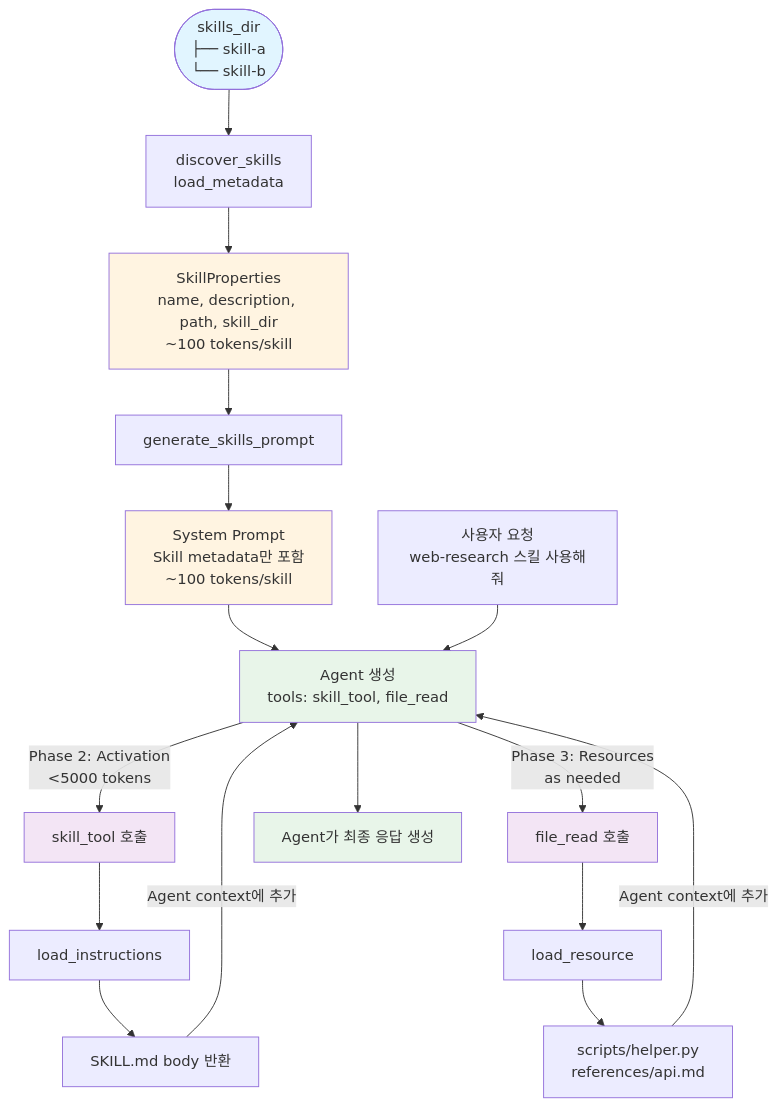
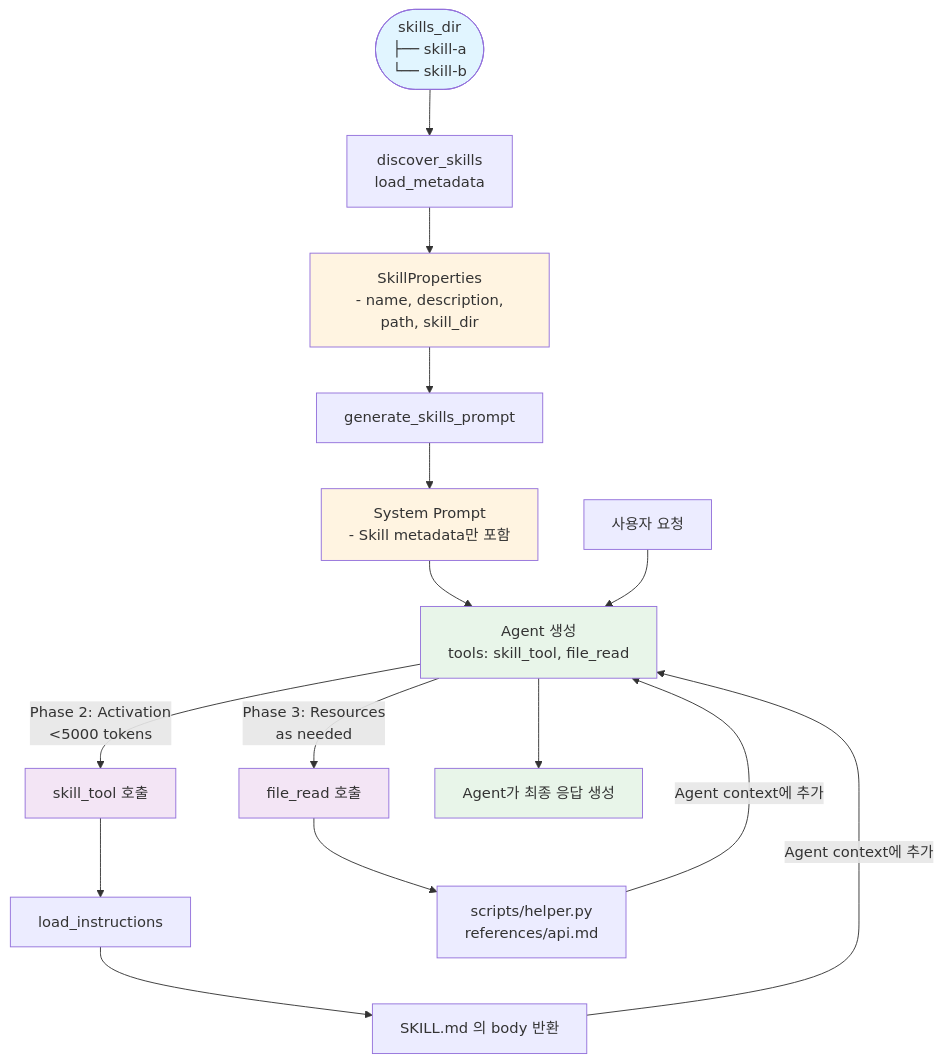
The diagram in README.md (hi-space/strands-agentskills), drawn with Mermaid before and after one commit. The commit also changed other lines of this file, not shown here.

Commit message:
docs: update README architecture

````diff
--- a/README.md
+++ b/README.md
@@ -150,32 +153,31 @@
 ```mermaid
 flowchart TD
     Start([skills_dir<br/>├── skill-a<br/>└── skill-b]) --> Discover[discover_skills<br/>load_metadata]
-    Discover --> Props["SkillProperties<br/>name, description, path, skill_dir<br/>~100 tokens/skill"]
+    Discover --> Props["SkillProperties<br/> - name, description, path, skill_dir"]
     
     Props --> Prompt[generate_skills_prompt]
-    Prompt --> SysPrompt["System Prompt<br/>Skill metadata만 포함<br/>~100 tokens/skill"]
+    Prompt --> SysPrompt["System Prompt<br/> - Skill metadata만 포함"]
     
     SysPrompt --> Agent["Agent 생성<br/>tools: skill_tool, file_read"]
     
-    UserReq["사용자 요청<br/>web-research 스킬 사용해줘"] --> Agent
+    UserReq["사용자 요청"] --> Agent
     
     Agent -->|"Phase 2: Activation<br/>&lt;5000 tokens"| SkillTool[skill_tool 호출]
     SkillTool --> LoadInst[load_instructions]
-    LoadInst --> InstBody["SKILL.md body 반환"]
+    LoadInst --> InstBody["SKILL.md 의 body 반환"]
     InstBody -->|Agent context에 추가| Agent
     
     Agent -->|"Phase 3: Resources<br/>as needed"| FileRead[file_read 호출]
-    FileRead --> LoadRes[load_resource]
-    LoadRes --> Resources["scripts/helper.py<br/>references/api.md"]
+    FileRead --> Resources["scripts/helper.py<br/>references/api.md"]
     Resources -->|Agent context에 추가| Agent
     
     Agent --> Response[Agent가 최종 응답 생성]
     
     style Start fill:#e1f5ff
     style Props fill:#fff4e1
     style SysPrompt fill:#fff4e1
     style Agent fill:#e8f5e9
     style SkillTool fill:#f3e5f5
     style FileRead fill:#f3e5f5
     style Response fill:#e8f5e9
 ```
````
